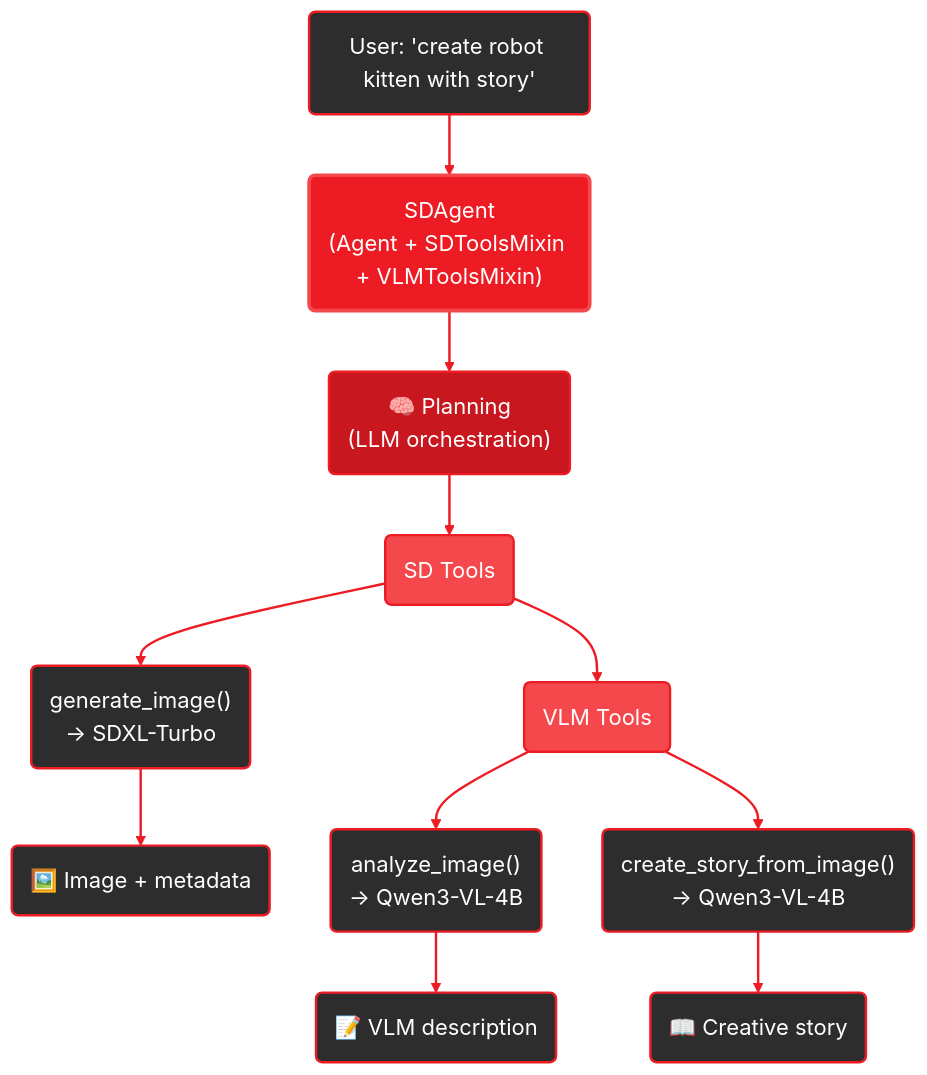
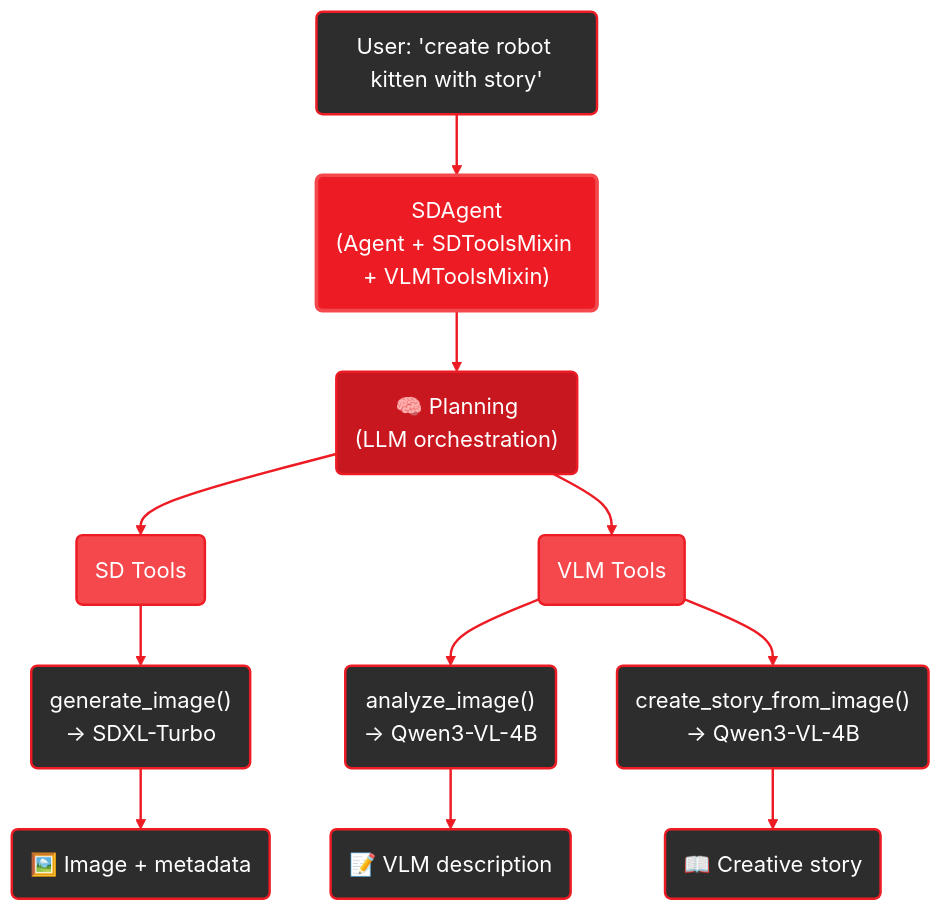
Before and after one commit to amd/gaia: the diagram in docs/guides/sd.mdx, drawn with Mermaid.

Commit message:
Fix diagram to show correct architecture: Plan calls both tool sets
Corrected the architecture diagram to show that the Planning/LLM orchestration
layer calls both SD Tools and VLM Tools independently, rather than SD Tools
calling VLM Tools. This accurately reflects how the agent architecture works:
the Agent's planning layer decides which tools to use based on the request.

````diff
--- a/docs/guides/sd.mdx
+++ b/docs/guides/sd.mdx
@@ -86,36 +86,35 @@
 ```mermaid
 %%{init: {'theme':'base', 'themeVariables': { 'primaryColor':'#ED1C24', 'fontSize':'18px', 'lineColor':'#ED1C24', 'primaryTextColor':'#fff', 'edgeLabelBackground':'#1a1a1a'}, 'flowchart': {'curve': 'basis'}}}%%
 graph TB
     User("User: 'create robot kitten with story'")
     Agent("SDAgent<br/>(Agent + SDToolsMixin + VLMToolsMixin)")
     Plan("🧠 Planning<br/>(LLM orchestration)")
 
     User --> Agent
     Agent --> Plan
+
     Plan --> SDTools("SD Tools")
-
     SDTools --> GenImg("generate_image()<br/>→ SDXL-Turbo")
     GenImg --> Output("🖼️ Image + metadata")
 
-    SDTools --> VLMTools("VLM Tools")
-
+    Plan --> VLMTools("VLM Tools")
     VLMTools --> Analyze("analyze_image()<br/>→ Qwen3-VL-4B")
     Analyze --> Output2("📝 VLM description")
 
     VLMTools --> Story("create_story_from_image()<br/>→ Qwen3-VL-4B")
     Story --> Output3("📖 Creative story")
 
     style User fill:#2d2d2d,stroke:#ED1C24,stroke-width:2px,color:#fff
     style Agent fill:#ED1C24,stroke:#F4484D,stroke-width:3px,color:#fff
     style Plan fill:#C8171E,stroke:#ED1C24,stroke-width:2px,color:#fff
     style SDTools fill:#F4484D,stroke:#ED1C24,stroke-width:2px,color:#fff
     style VLMTools fill:#F4484D,stroke:#ED1C24,stroke-width:2px,color:#fff
     style GenImg fill:#2d2d2d,stroke:#ED1C24,stroke-width:2px,color:#fff
     style Analyze fill:#2d2d2d,stroke:#ED1C24,stroke-width:2px,color:#fff
     style Story fill:#2d2d2d,stroke:#ED1C24,stroke-width:2px,color:#fff
     style Output fill:#2d2d2d,stroke:#ED1C24,stroke-width:2px,color:#fff
     style Output2 fill:#2d2d2d,stroke:#ED1C24,stroke-width:2px,color:#fff
     style Output3 fill:#2d2d2d,stroke:#ED1C24,stroke-width:2px,color:#fff
 
     linkStyle default stroke:#ED1C24,stroke-width:2px
 ```
````
